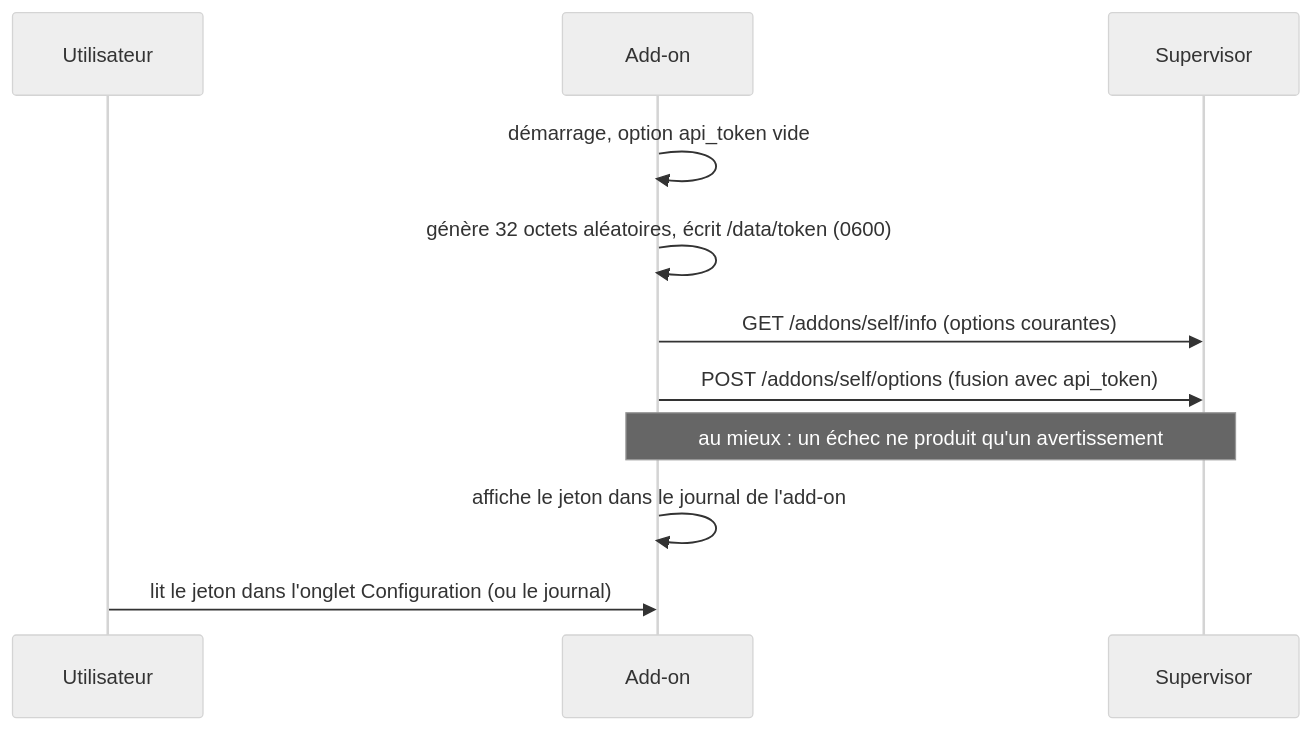
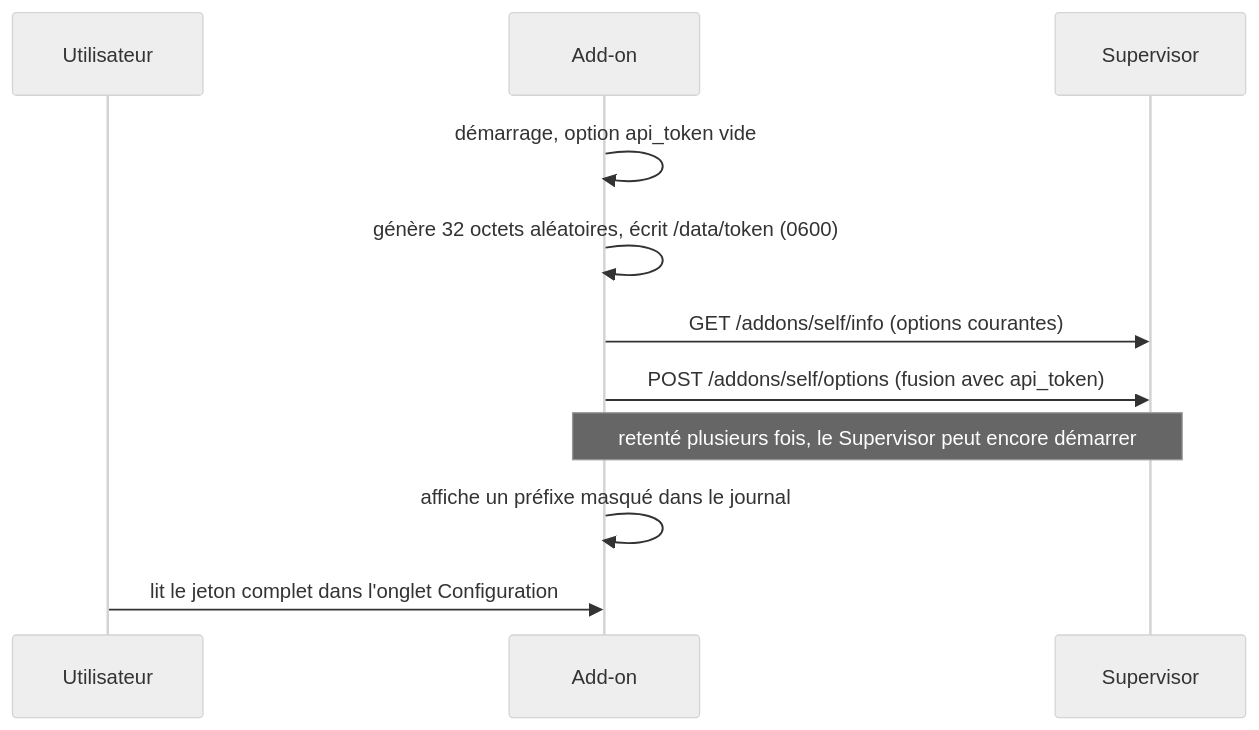
The third of 3 diagrams in docs/fr/reference/architecture.md (Devitek/mcp-ha), drawn with Mermaid (neutral theme) before and after one commit. The commit also changed 17 other files, not shown here.

````diff
--- a/docs/fr/reference/architecture.md
+++ b/docs/fr/reference/architecture.md
@@ -78,13 +78,13 @@
 ```mermaid
 sequenceDiagram
   participant U as Utilisateur
   participant A as Add-on
   participant S as Supervisor
   A->>A: démarrage, option api_token vide
   A->>A: génère 32 octets aléatoires, écrit /data/token (0600)
   A->>S: GET /addons/self/info (options courantes)
   A->>S: POST /addons/self/options (fusion avec api_token)
-  Note over A,S: au mieux : un échec ne produit qu'un avertissement
-  A->>A: affiche le jeton dans le journal de l'add-on
-  U->>A: lit le jeton dans l'onglet Configuration (ou le journal)
+  Note over A,S: retenté plusieurs fois, le Supervisor peut encore démarrer
+  A->>A: affiche un préfixe masqué dans le journal
+  U->>A: lit le jeton complet dans l'onglet Configuration
 ```
````
